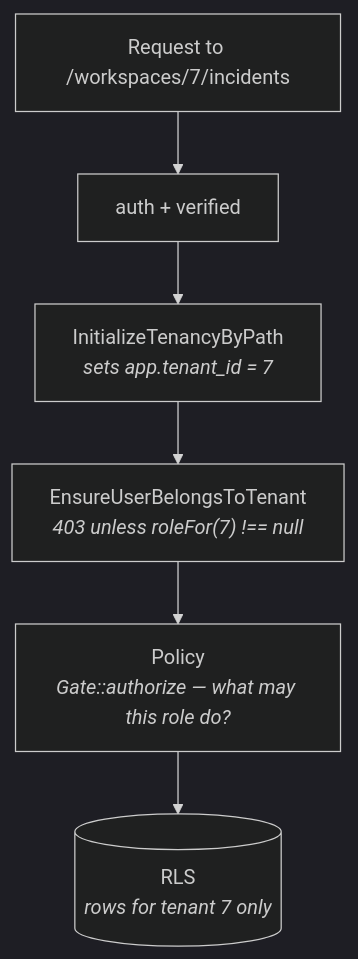
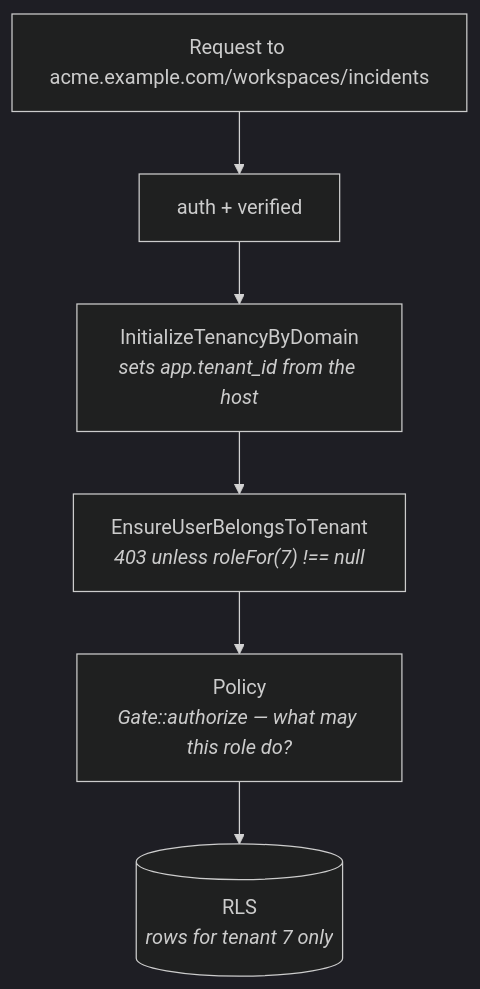
One commit to kzamanbd/laravel-tenancy changed the diagram in docs/07-roles-and-permissions.md. Above: the diagram before and after it, drawn with Mermaid (dark theme). The commit also changed other lines of this file and 32 other files, not shown here.

First line of the commit message:
feat(workspace): address workspaces by host and gate them on membership

````diff
--- a/docs/07-roles-and-permissions.md
+++ b/docs/07-roles-and-permissions.md
@@ -62,8 +62,8 @@
 ```mermaid
 flowchart TD
-    R["Request to /workspaces/7/incidents"] --> M1["auth + verified"]
-    M1 --> M2["InitializeTenancyByPath<br/><i>sets app.tenant_id = 7</i>"]
+    R["Request to acme.example.com/workspaces/incidents"] --> M1["auth + verified"]
+    M1 --> M2["InitializeTenancyByDomain<br/><i>sets app.tenant_id from the host</i>"]
     M2 --> M3["EnsureUserBelongsToTenant<br/><i>403 unless roleFor(7) !== null</i>"]
     M3 --> P["Policy<br/><i>Gate::authorize — what may this role do?</i>"]
     P --> DB[("RLS<br/><i>rows for tenant 7 only</i>")]
 ```
````
